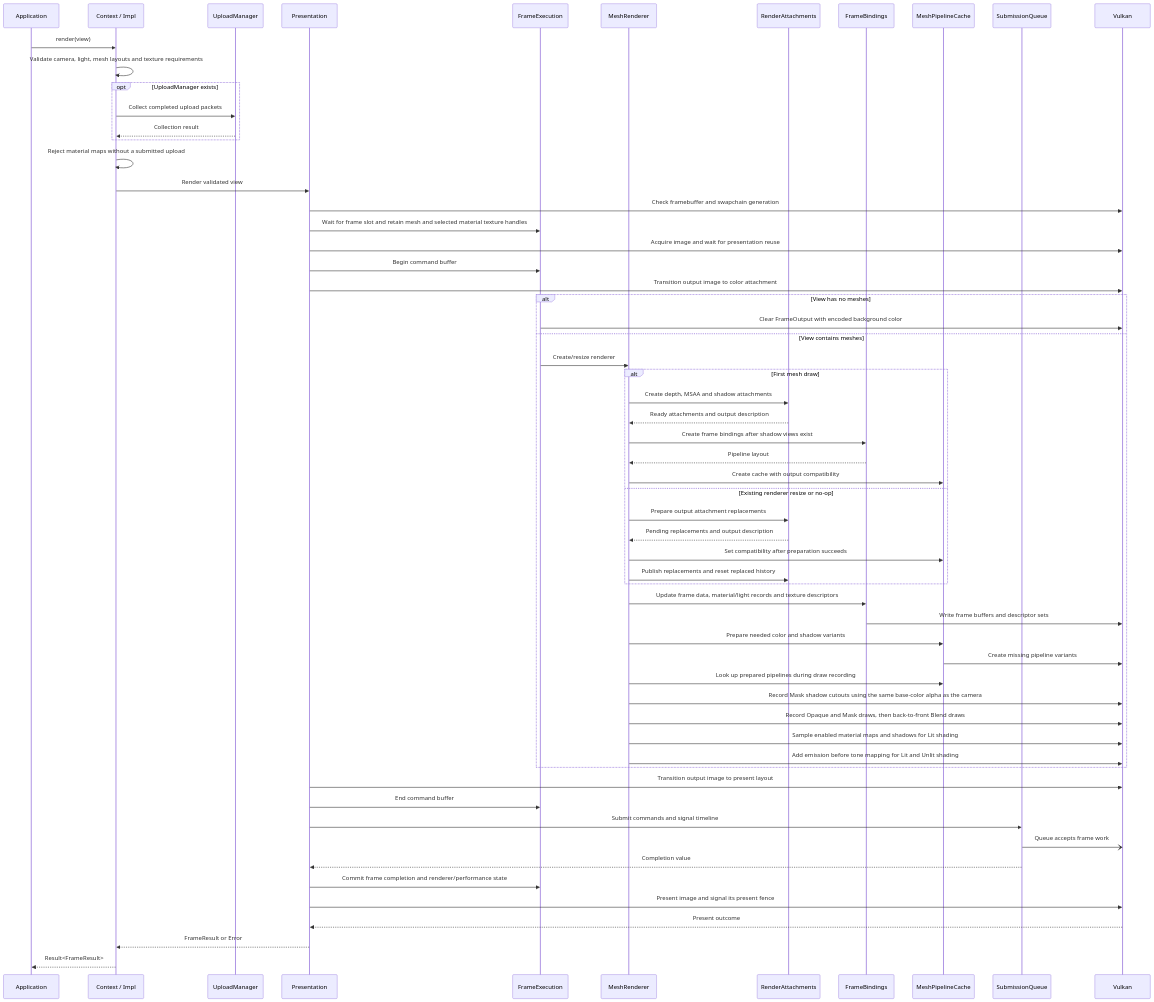
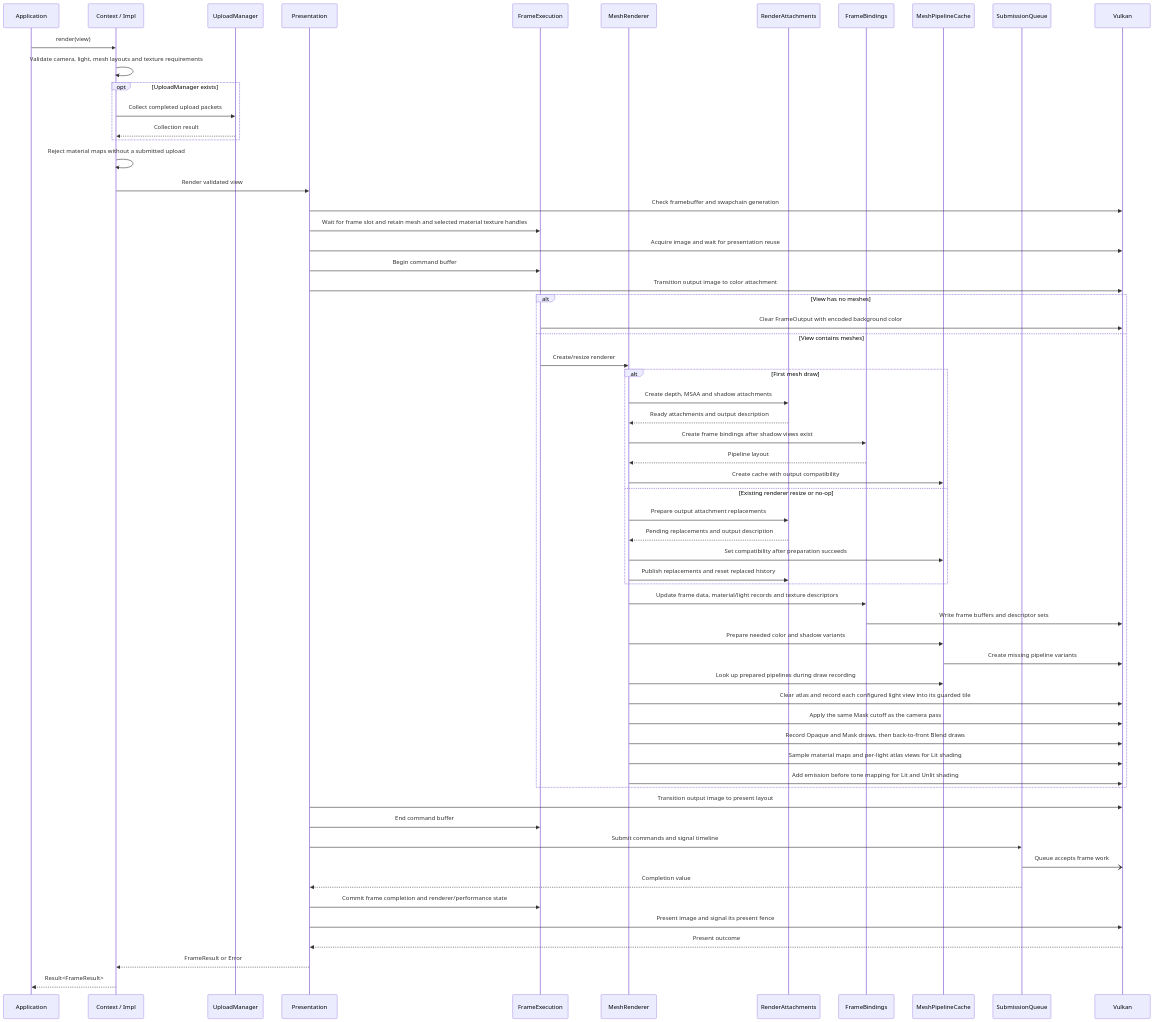
Before and after one commit to a-soltysik/Panda: the diagram in docs/use-cases/render-view.md, drawn with Mermaid. The commit also changed other lines of this file and 42 other files, not shown here.

First line of the commit message:
Add per-light shadows for directional, point and spot lights (#118)

````diff
--- a/docs/use-cases/render-view.md
+++ b/docs/use-cases/render-view.md
@@ -104,63 +116,64 @@
 ```mermaid
 sequenceDiagram
     participant A as Application
     participant C as Context / Impl
     participant U as UploadManager
     participant P as Presentation
     participant E as FrameExecution
     participant R as MeshRenderer
     participant RA as RenderAttachments
     participant B as FrameBindings
     participant K as MeshPipelineCache
     participant Q as SubmissionQueue
     participant V as Vulkan
     A->>C: render(view)
     C->>C: Validate camera, light, mesh layouts and texture requirements
     opt UploadManager exists
         C->>U: Collect completed upload packets
         U-->>C: Collection result
     end
     C->>C: Reject material maps without a submitted upload
     C->>P: Render validated view
     P->>V: Check framebuffer and swapchain generation
     P->>E: Wait for frame slot and retain mesh and selected material texture handles
     P->>V: Acquire image and wait for presentation reuse
     P->>E: Begin command buffer
     P->>V: Transition output image to color attachment
     alt View has no meshes
         E->>V: Clear FrameOutput with encoded background color
     else View contains meshes
         E->>R: Create/resize renderer
         alt First mesh draw
             R->>RA: Create depth, MSAA and shadow attachments
             RA-->>R: Ready attachments and output description
             R->>B: Create frame bindings after shadow views exist
             B-->>R: Pipeline layout
             R->>K: Create cache with output compatibility
         else Existing renderer resize or no-op
             R->>RA: Prepare output attachment replacements
             RA-->>R: Pending replacements and output description
             R->>K: Set compatibility after preparation succeeds
             R->>RA: Publish replacements and reset replaced history
         end
         R->>B: Update frame data, material/light records and texture descriptors
         B->>V: Write frame buffers and descriptor sets
         R->>K: Prepare needed color and shadow variants
         K->>V: Create missing pipeline variants
         R->>K: Look up prepared pipelines during draw recording
-        R->>V: Record Mask shadow cutouts using the same base-color alpha as the camera
+        R->>V: Clear atlas and record each configured light view into its guarded tile
+        R->>V: Apply the same Mask cutoff as the camera pass
         R->>V: Record Opaque and Mask draws, then back-to-front Blend draws
-        R->>V: Sample enabled material maps and shadows for Lit shading
+        R->>V: Sample material maps and per-light atlas views for Lit shading
         R->>V: Add emission before tone mapping for Lit and Unlit shading
     end
     P->>V: Transition output image to present layout
     P->>E: End command buffer
     P->>Q: Submit commands and signal timeline
     Q-)V: Queue accepts frame work
     Q-->>P: Completion value
     P->>E: Commit frame completion and renderer/performance state
     P->>V: Present image and signal its present fence
     V-->>P: Present outcome
     P-->>C: FrameResult or Error
     C-->>A: Result<FrameResult>
 ```
````
